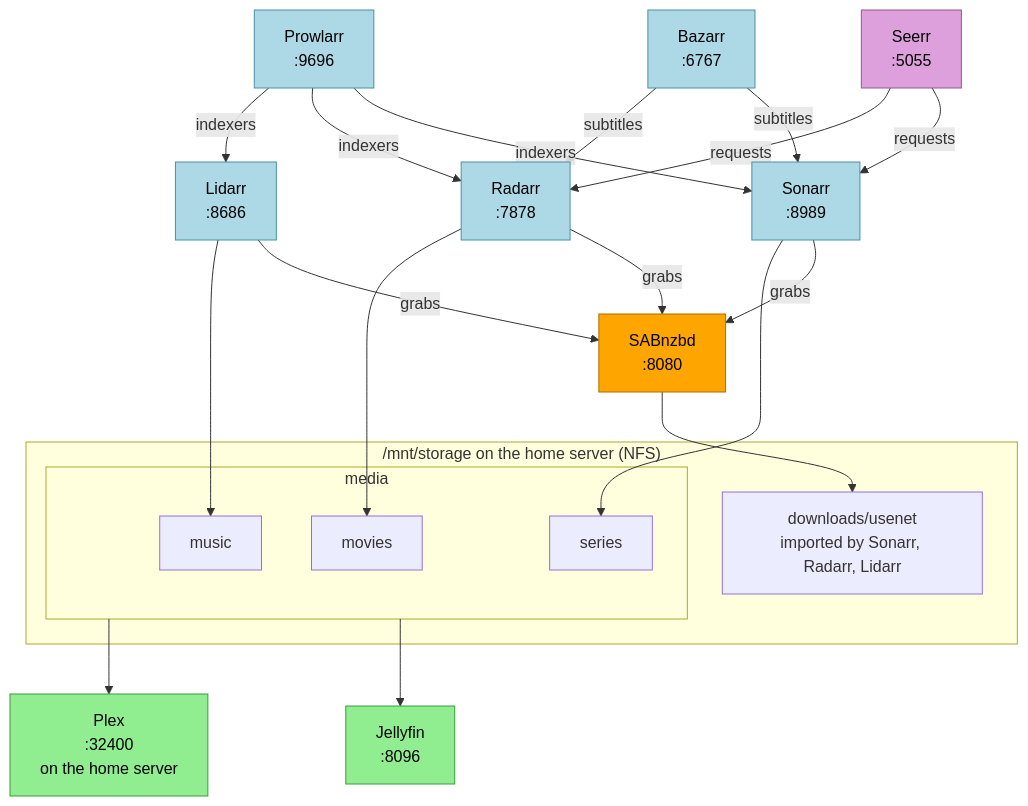
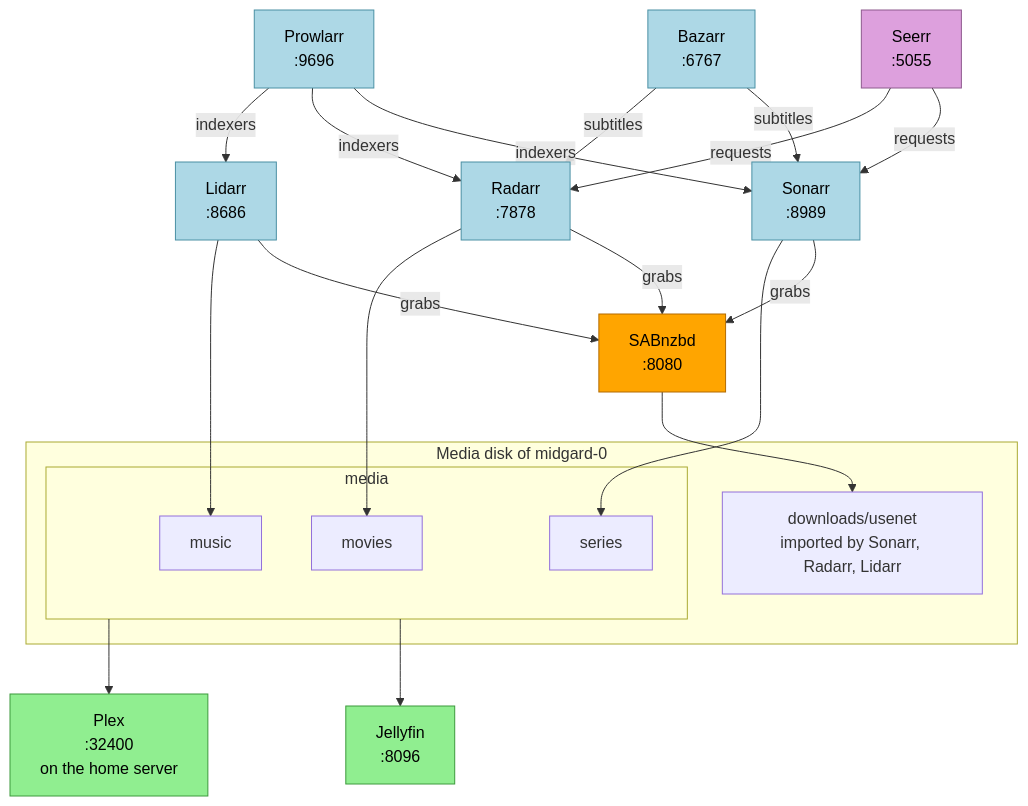
Before and after one commit to davydehaas98/homelab: the diagram in docs/diagrams/media-stack.mmd, drawn with Mermaid. The commit also changed 46 other files, not shown here.

```diff
--- a/docs/diagrams/media-stack.mmd
+++ b/docs/diagrams/media-stack.mmd
@@ -1,51 +1,51 @@
 flowchart TB
     prowlarr["Prowlarr<br/>:9696"]
     bazarr["Bazarr<br/>:6767"]
     seerr["Seerr<br/>:5055"]
 
     lidarr["Lidarr<br/>:8686"]
     sonarr["Sonarr<br/>:8989"]
     radarr["Radarr<br/>:7878"]
 
     sab["SABnzbd<br/>:8080"]
 
-    subgraph storage["/mnt/storage on the home server (NFS)"]
+    subgraph storage["Media disk of midgard-0"]
         downloads["downloads/usenet<br/>imported by Sonarr, Radarr, Lidarr"]
         subgraph media["media"]
             music[music]
             series[series]
             movies[movies]
         end
     end
 
     jellyfin["Jellyfin<br/>:8096"]
     plex["Plex<br/>:32400<br/>on the home server"]
 
     seerr -->|requests| sonarr
     seerr -->|requests| radarr
     prowlarr -->|indexers| sonarr
     prowlarr -->|indexers| radarr
     prowlarr -->|indexers| lidarr
     bazarr -->|subtitles| sonarr
     bazarr -->|subtitles| radarr
 
     sonarr -->|grabs| sab
     radarr -->|grabs| sab
     lidarr -->|grabs| sab
     sab --> downloads
 
     sonarr --> series
     radarr --> movies
     lidarr --> music
 
     media --> jellyfin
     media --> plex
 
     classDef manager fill:#add8e6,stroke:#4a90a4,color:#000
     classDef downloader fill:#ffa500,stroke:#b36b00,color:#000
     classDef streamer fill:#90ee90,stroke:#3c9a3c,color:#000
     classDef request fill:#dda0dd,stroke:#8e5a8e,color:#000
     class prowlarr,bazarr,sonarr,radarr,lidarr manager
     class sab downloader
     class jellyfin,plex streamer
     class seerr request
```
